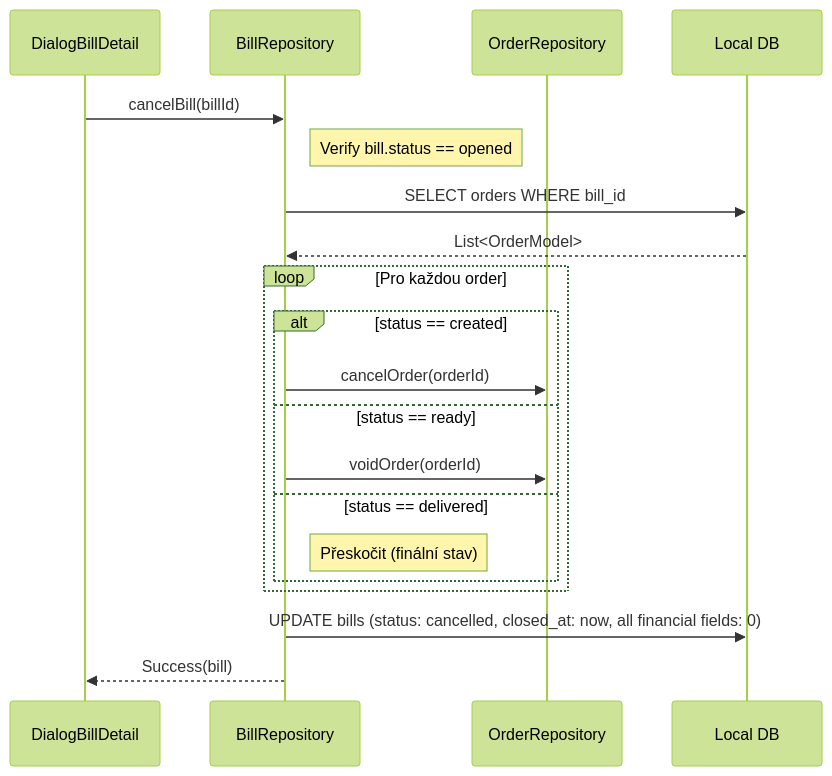
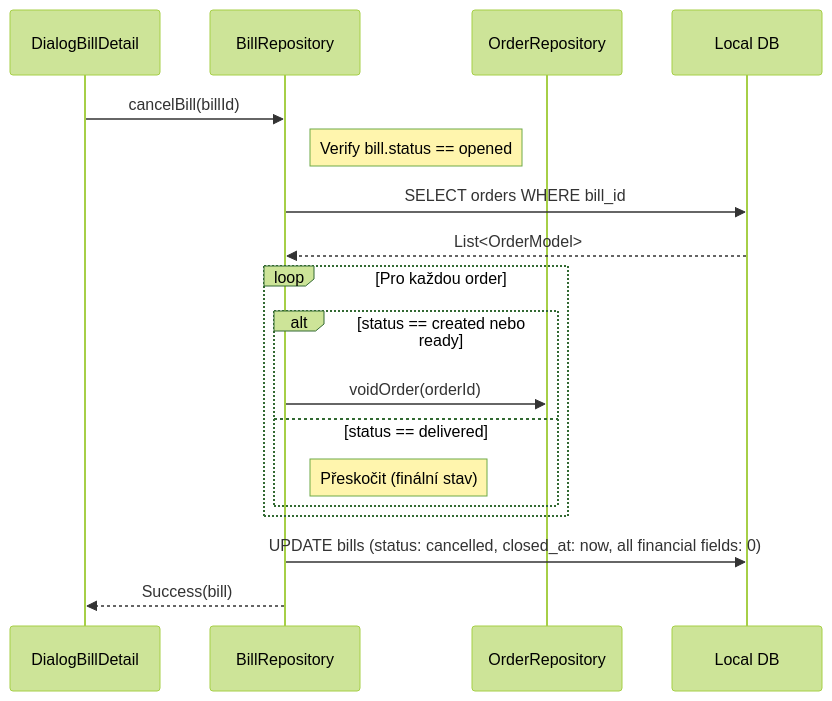
Diagram 12 of 14 in PROJECT.md (Tomakas/deskpos), drawn with Mermaid (forest theme) before and after one commit. The commit also changed other lines of this file and 7 other files, not shown here.

````diff
--- a/PROJECT.md
+++ b/PROJECT.md
@@ -1981,26 +1979,24 @@
 ```mermaid
 sequenceDiagram
     participant UI as DialogBillDetail
     participant BR as BillRepository
     participant OR as OrderRepository
     participant DB as Local DB
 
     UI->>BR: cancelBill(billId)
     Note right of BR: Verify bill.status == opened
 
     BR->>DB: SELECT orders WHERE bill_id
     DB-->>BR: List<OrderModel>
 
     loop Pro každou order
-        alt status == created
-            BR->>OR: cancelOrder(orderId)
-        else status == ready
+        alt status == created nebo ready
             BR->>OR: voidOrder(orderId)
         else status == delivered
             Note right of BR: Přeskočit (finální stav)
         end
     end
 
     BR->>DB: UPDATE bills (status: cancelled, closed_at: now, all financial fields: 0)
     BR-->>UI: Success(bill)
 ```
````
